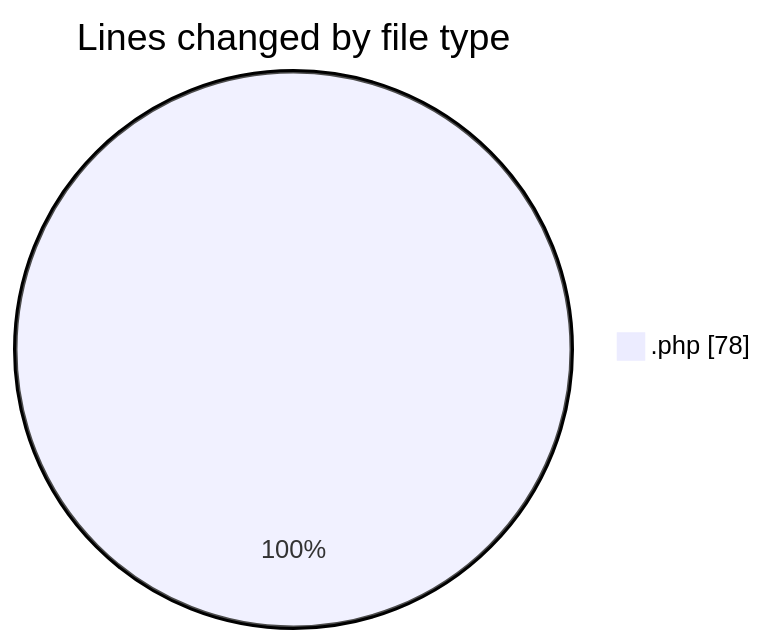
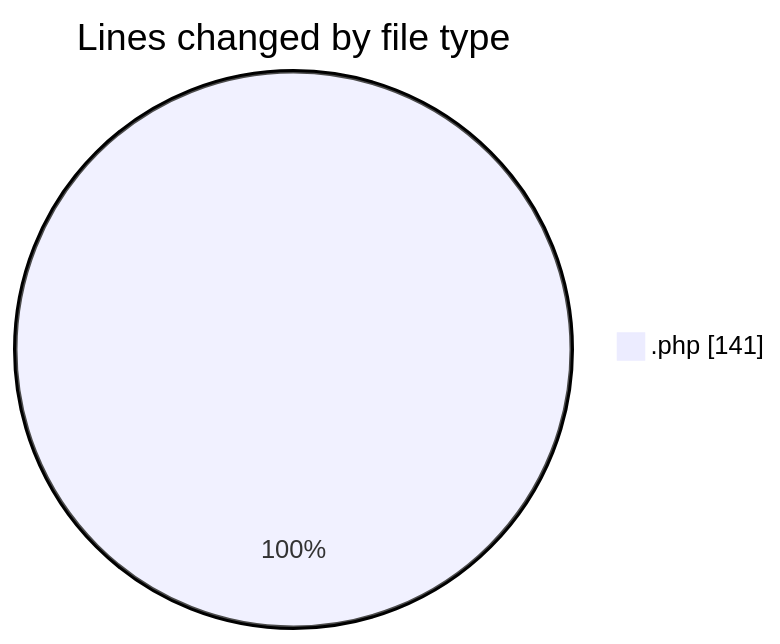
Before and after one commit to LanceThiago/code-tracking: the first of 2 diagrams in 2025-03-17/web/README.md, drawn with Mermaid. The commit also changed other lines of this file and 1 other file, not shown here.

````diff
--- a/2025-03-17/web/README.md
+++ b/2025-03-17/web/README.md
@@ -21,5 +22,5 @@
 ```mermaid
 pie showData
 title Lines changed by file type
-".php" : 78
+".php" : 141
 ```
````
